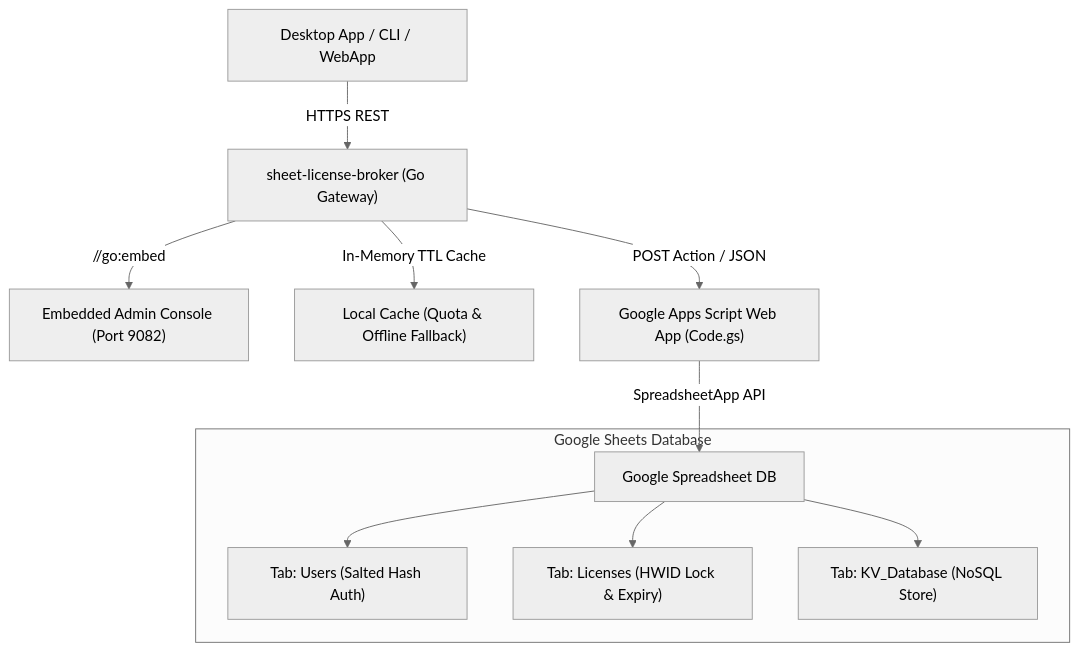
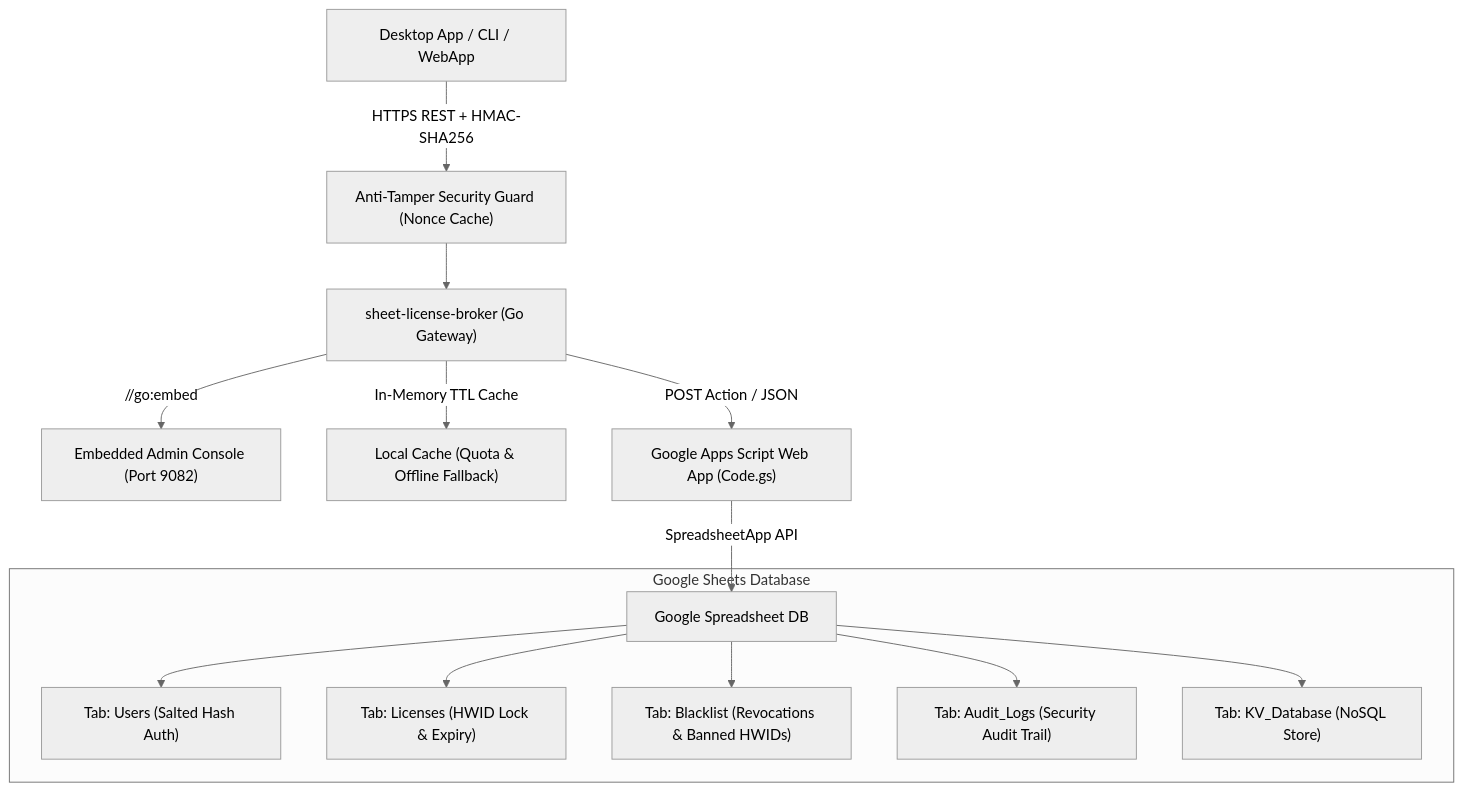
One commit to kLauncher1/sheet-license-broker changed the diagram in README.md. Above: the diagram before and after it, drawn with Mermaid (neutral theme). The commit also changed other lines of this file and 21 other files, not shown here.

Commit message:
feat: implement HMAC anti-tamper verification and remote revocation blacklist

````diff
--- a/README.md
+++ b/README.md
@@ -35,14 +38,17 @@
 ```mermaid
 flowchart TD
-    Client["Desktop App / CLI / WebApp"] -->|HTTPS REST| Broker["sheet-license-broker (Go Gateway)"]
+    Client["Desktop App / CLI / WebApp"] -->|HTTPS REST + HMAC-SHA256| Guard["Anti-Tamper Security Guard (Nonce Cache)"]
+    Guard --> Broker["sheet-license-broker (Go Gateway)"]
     Broker -->|//go:embed| WebUI["Embedded Admin Console (Port 9082)"]
     Broker -->|In-Memory TTL Cache| Cache["Local Cache (Quota & Offline Fallback)"]
     Broker -->|POST Action / JSON| GAS["Google Apps Script Web App (Code.gs)"]
     GAS -->|SpreadsheetApp API| Sheets["Google Spreadsheet DB"]
 
     subgraph Google Sheets Database
         Sheets --> Tab1["Tab: Users (Salted Hash Auth)"]
         Sheets --> Tab2["Tab: Licenses (HWID Lock & Expiry)"]
-        Sheets --> Tab3["Tab: KV_Database (NoSQL Store)"]
+        Sheets --> Tab3["Tab: Blacklist (Revocations & Banned HWIDs)"]
+        Sheets --> Tab4["Tab: Audit_Logs (Security Audit Trail)"]
+        Sheets --> Tab5["Tab: KV_Database (NoSQL Store)"]
     end
 ```
````
